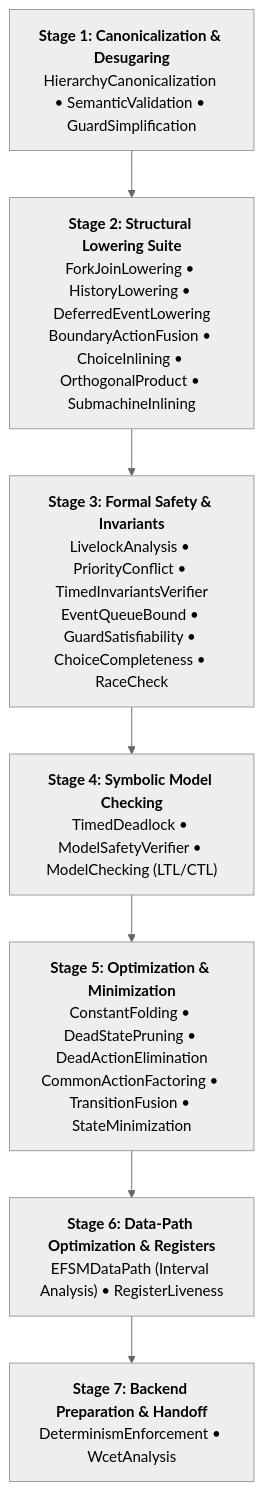
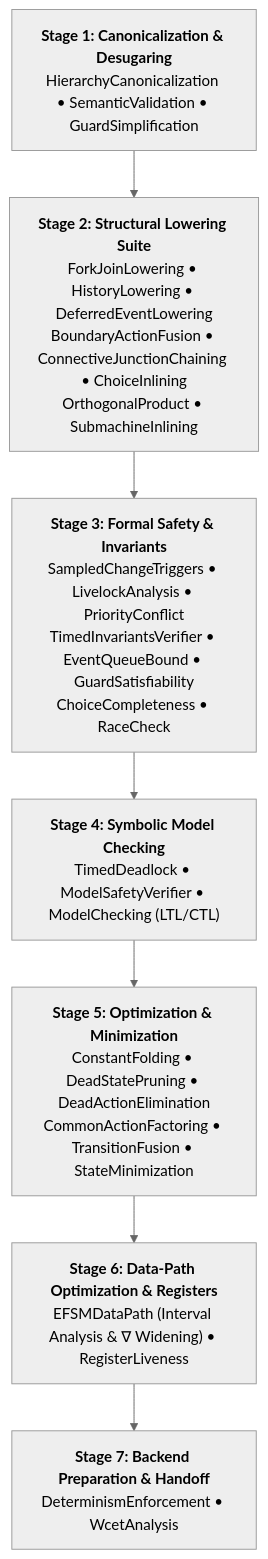
One commit to simoneCavalleri/fsmc changed the diagram in docs/internals/middleend_passes.md. Above: the diagram before and after it, drawn with Mermaid (neutral theme). The commit also changed other lines of this file and 19 other files, not shown here.

````diff
--- a/docs/internals/middleend_passes.md
+++ b/docs/internals/middleend_passes.md
@@ -41,12 +41,12 @@
 ```mermaid
 flowchart TD
     S1["<b>Stage 1: Canonicalization & Desugaring</b><br/>HierarchyCanonicalization • SemanticValidation • GuardSimplification"]
-    S2["<b>Stage 2: Structural Lowering Suite</b><br/>ForkJoinLowering • HistoryLowering • DeferredEventLowering<br/>BoundaryActionFusion • ChoiceInlining • OrthogonalProduct • SubmachineInlining"]
-    S3["<b>Stage 3: Formal Safety & Invariants</b><br/>LivelockAnalysis • PriorityConflict • TimedInvariantsVerifier<br/>EventQueueBound • GuardSatisfiability • ChoiceCompleteness • RaceCheck"]
+    S2["<b>Stage 2: Structural Lowering Suite</b><br/>ForkJoinLowering • HistoryLowering • DeferredEventLowering<br/>BoundaryActionFusion • ConnectiveJunctionChaining • ChoiceInlining<br/>OrthogonalProduct • SubmachineInlining"]
+    S3["<b>Stage 3: Formal Safety & Invariants</b><br/>SampledChangeTriggers • LivelockAnalysis • PriorityConflict<br/>TimedInvariantsVerifier • EventQueueBound • GuardSatisfiability<br/>ChoiceCompleteness • RaceCheck"]
     S4["<b>Stage 4: Symbolic Model Checking</b><br/>TimedDeadlock • ModelSafetyVerifier • ModelChecking (LTL/CTL)"]
     S5["<b>Stage 5: Optimization & Minimization</b><br/>ConstantFolding • DeadStatePruning • DeadActionElimination<br/>CommonActionFactoring • TransitionFusion • StateMinimization"]
-    S6["<b>Stage 6: Data-Path Optimization & Registers</b><br/>EFSMDataPath (Interval Analysis) • RegisterLiveness"]
+    S6["<b>Stage 6: Data-Path Optimization & Registers</b><br/>EFSMDataPath (Interval Analysis & ∇ Widening) • RegisterLiveness"]
     S7["<b>Stage 7: Backend Preparation & Handoff</b><br/>DeterminismEnforcement • WcetAnalysis"]
 
     S1 --> S2 --> S3 --> S4 --> S5 --> S6 --> S7
 ```
````
